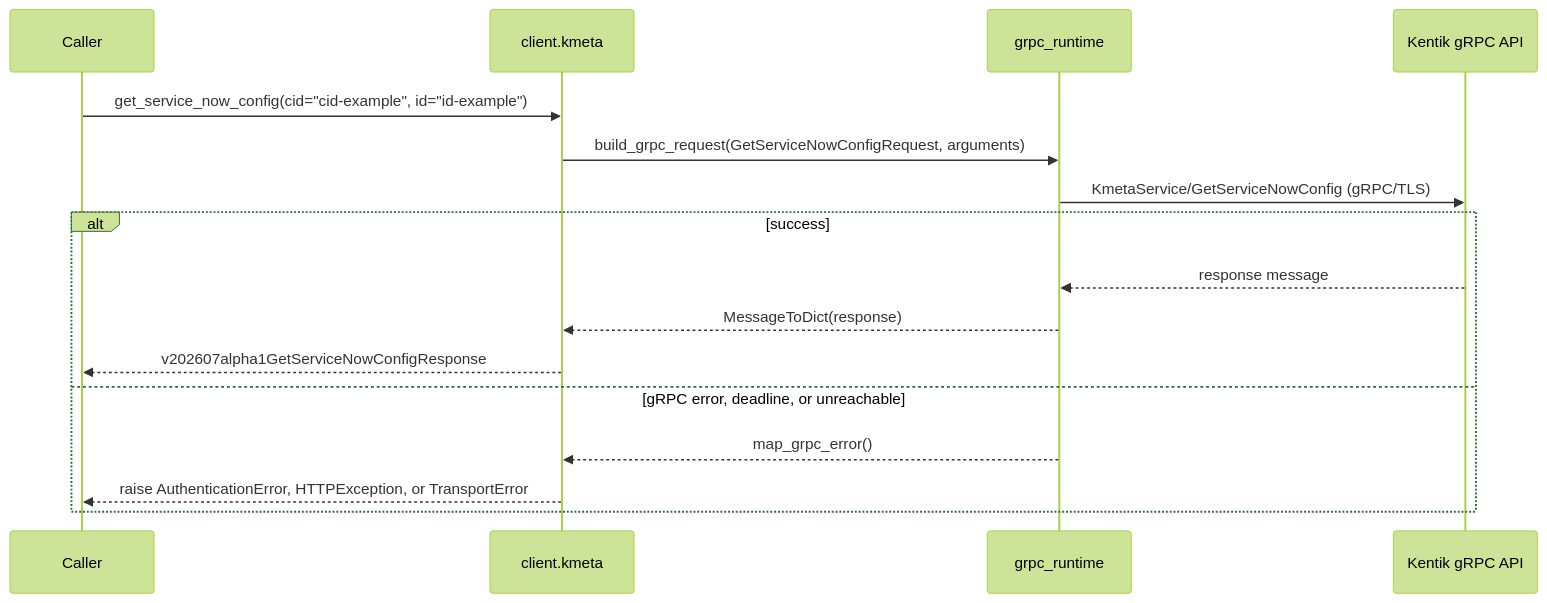
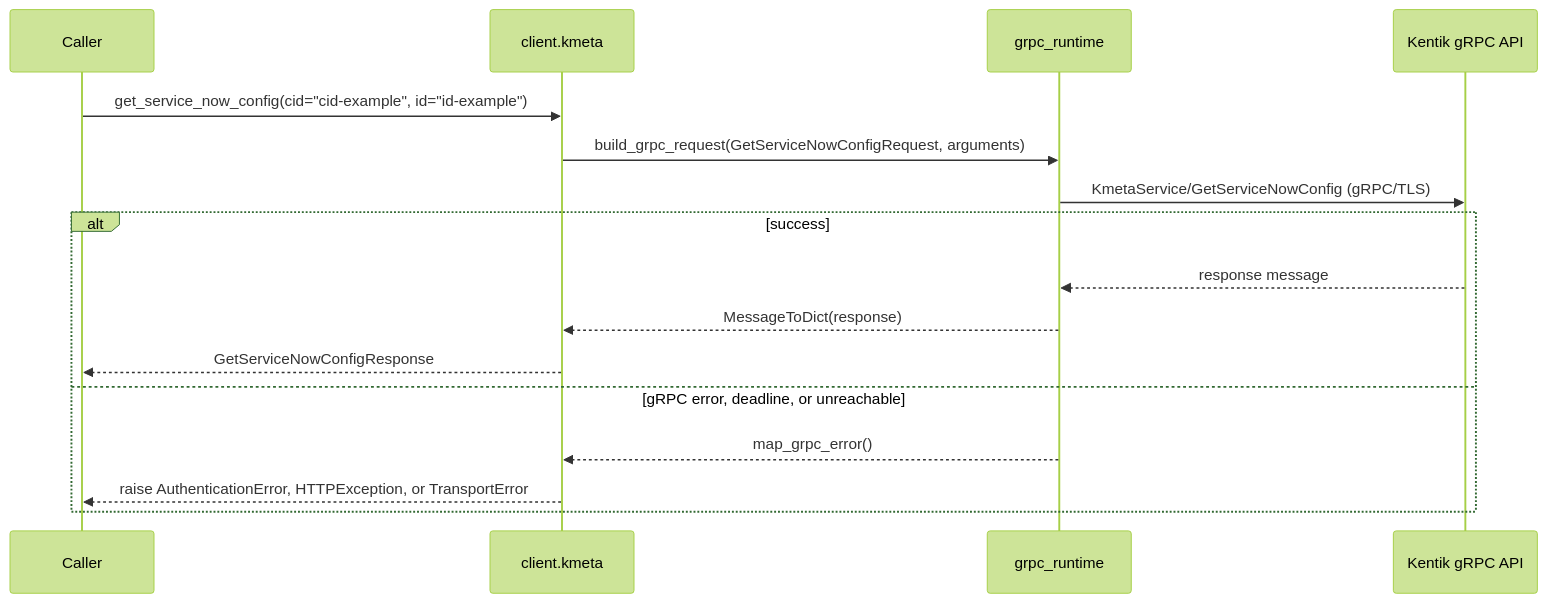
Before and after one commit to alexdearaujo/community_sdk_python: the seventh of 12 diagrams in docs/sphinx/services/kmeta.md, drawn with Mermaid (forest theme). The commit also changed other lines of this file and 38 other files, not shown here.

````diff
--- a/docs/sphinx/services/kmeta.md
+++ b/docs/sphinx/services/kmeta.md
@@ -213,19 +213,19 @@
 ```mermaid
 sequenceDiagram
     participant C as Caller
     participant W as client.kmeta
     participant R as grpc_runtime
     participant API as Kentik gRPC API
 
     C->>W: get_service_now_config(cid="cid-example", id="id-example")
     W->>R: build_grpc_request(GetServiceNowConfigRequest, arguments)
     R->>API: KmetaService/GetServiceNowConfig (gRPC/TLS)
     alt success
         API-->>R: response message
         R-->>W: MessageToDict(response)
-        W-->>C: v202607alpha1GetServiceNowConfigResponse
+        W-->>C: GetServiceNowConfigResponse
     else gRPC error, deadline, or unreachable
         R-->>W: map_grpc_error()
         W-->>C: raise AuthenticationError, HTTPException, or TransportError
     end
 ```
````
